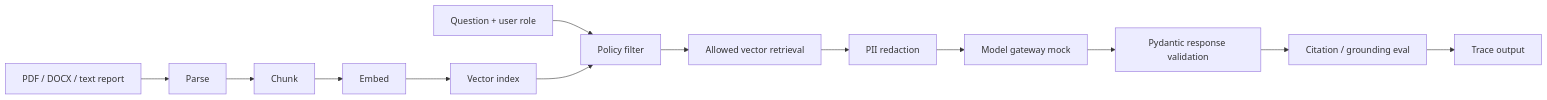
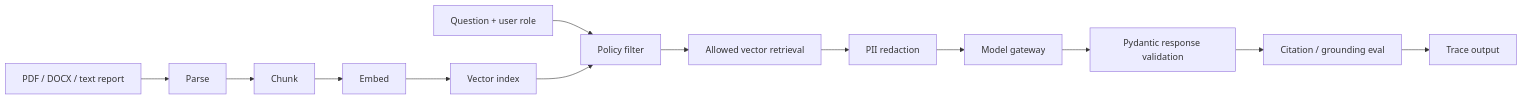
One commit to gautamrastogi/careshield-knowledge-assistant changed the diagram in README.md. Above: the diagram before and after it, drawn with Mermaid. The commit also changed other lines of this file and 13 other files, not shown here.

````diff
--- a/README.md
+++ b/README.md
@@ -37,15 +37,15 @@
 ```mermaid
 flowchart LR
     A[PDF / DOCX / text report] --> B[Parse]
     B --> C[Chunk]
     C --> D[Embed]
     D --> E[Vector index]
     F[Question + user role] --> G[Policy filter]
     E --> G
     G --> H[Allowed vector retrieval]
     H --> I[PII redaction]
-    I --> J[Model gateway mock]
+    I --> J[Model gateway]
     J --> K[Pydantic response validation]
     K --> L[Citation / grounding eval]
     L --> M[Trace output]
 ```
````
